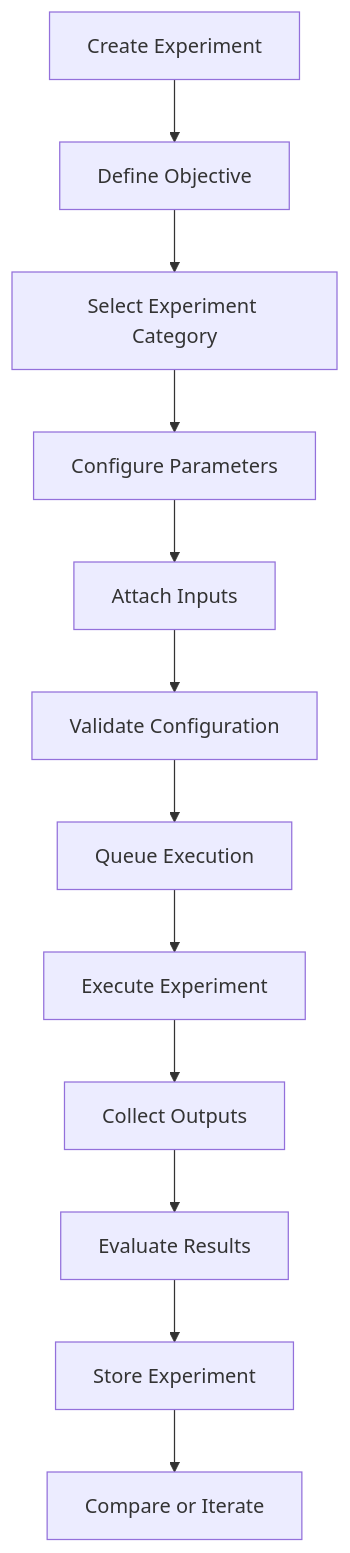
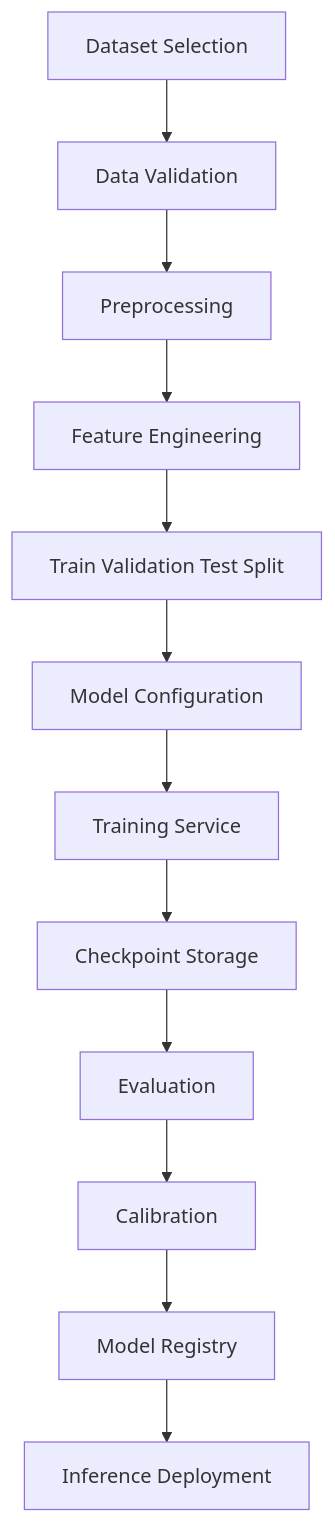
Before and after one commit to lucylow/woohoo-wonder-labs: the seventh of 13 diagrams in README.md, drawn with Mermaid. The commit also changed other lines of this file, not shown here.

````diff
--- a/README.md
+++ b/README.md
@@ -814,15 +577,14 @@
 ```mermaid
 flowchart TD
-
-    A["Create Experiment"] --> B["Define Objective"]
-    B --> C["Select Experiment Category"]
-    C --> D["Configure Parameters"]
-    D --> E["Attach Inputs"]
-    E --> F["Validate Configuration"]
-    F --> G["Queue Execution"]
-    G --> H["Execute Experiment"]
-    H --> I["Collect Outputs"]
-    I --> J["Evaluate Results"]
-    J --> K["Store Experiment"]
-    K --> L["Compare or Iterate"]
+    A[Dataset Selection] --> B[Data Validation]
+    B --> C[Preprocessing]
+    C --> D[Feature Engineering]
+    D --> E[Train Validation Test Split]
+    E --> F[Model Configuration]
+    F --> G[Training Service]
+    G --> H[Checkpoint Storage]
+    H --> I[Evaluation]
+    I --> J[Calibration]
+    J --> K[Model Registry]
+    K --> L[Inference Deployment]
 ```
````
